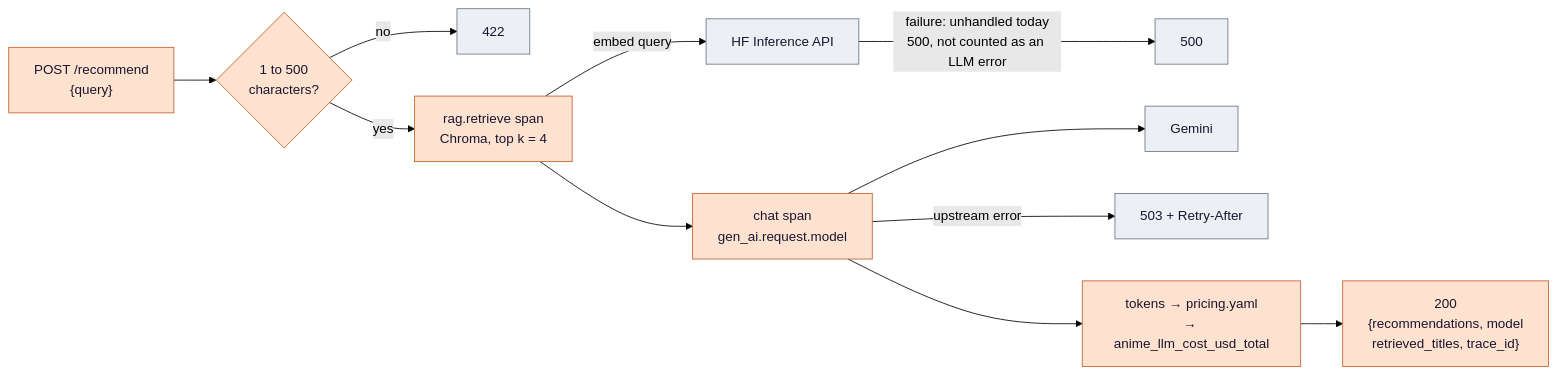
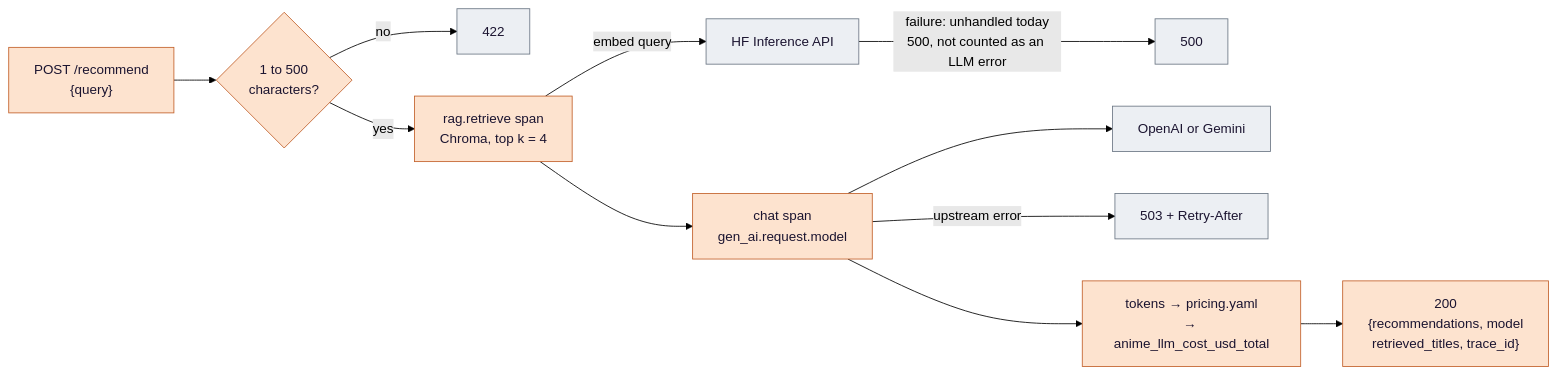
The second of 8 diagrams in docs/eks-sre-llmops-design.md (biabeogo147/Anime-Recommender), drawn with Mermaid (forest theme) before and after one commit. The commit also changed other lines of this file and 30 other files, not shown here.

````diff
--- a/docs/eks-sre-llmops-design.md
+++ b/docs/eks-sre-llmops-design.md
@@ -328,18 +328,18 @@
 ```mermaid
 flowchart LR
     IN["POST /recommend<br/>{query}"] --> VAL{"1 to 500<br/>characters?"}
     VAL -->|"no"| E422["422"]
     VAL -->|"yes"| RET["rag.retrieve span<br/>Chroma, top k = 4"]
     RET -->|"embed query"| HF["HF Inference API"]
     HF -->|"failure: unhandled today<br/>500, not counted as an LLM error"| E500["500"]
     RET --> GEN["chat span<br/>gen_ai.request.model"]
-    GEN --> LLM["Gemini"]
+    GEN --> LLM["OpenAI or Gemini"]
     GEN -->|"upstream error"| E503["503 + Retry-After"]
     GEN --> COST["tokens → pricing.yaml<br/>→ anime_llm_cost_usd_total"]
     COST --> OUT["200<br/>{recommendations, model<br/>retrieved_titles, trace_id}"]
 
     classDef argo fill:#fde3cf,stroke:#c2602a,color:#1b1430;
     classDef ext fill:#eceff3,stroke:#6b7684,color:#1b1430;
     class IN,VAL,RET,GEN,COST,OUT argo
     class HF,LLM,E422,E503,E500 ext
 ```
````
